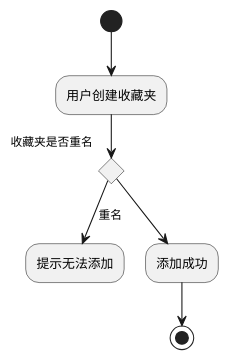
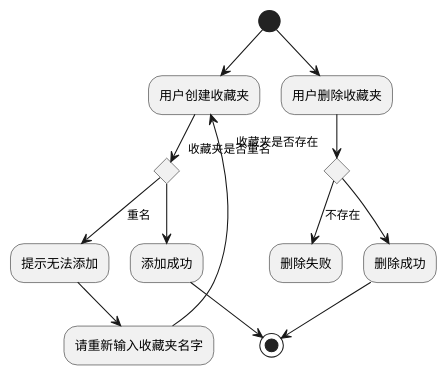
The diagram in src/main/java/com/zte/video/diag/acitvity_favorites.puml (qwerqqwewq/VideoOnline), drawn with PlantUML before and after one commit. The commit also changed 1 other file, not shown here.

```diff
--- a/src/main/java/com/zte/video/diag/acitvity_favorites.puml
+++ b/src/main/java/com/zte/video/diag/acitvity_favorites.puml
@@ -1,9 +1,18 @@
 @startuml
 (*)  --> "用户创建收藏夹"
 If "收藏夹是否重名" then
 --> [重名] "提示无法添加"
+-->"请重新输入收藏夹名字"
+-->"用户创建收藏夹"
 else
 --> "添加成功"
 Endif
 -->(*)
+(*)  --> "用户删除收藏夹"
+If "收藏夹是否存在" then
+--> [不存在] "删除失败"
+else
+--> "删除成功"
+Endif
+-->(*)
 @enduml
```
